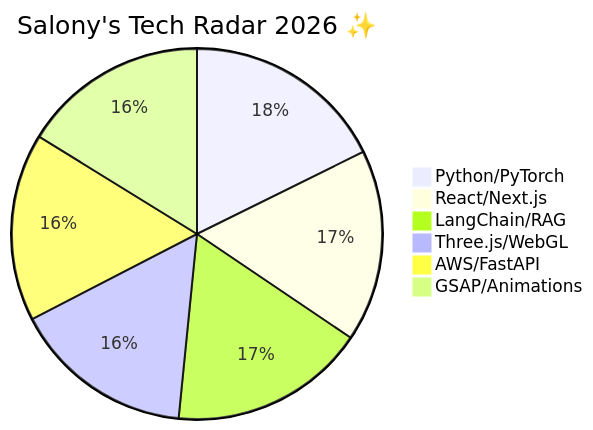
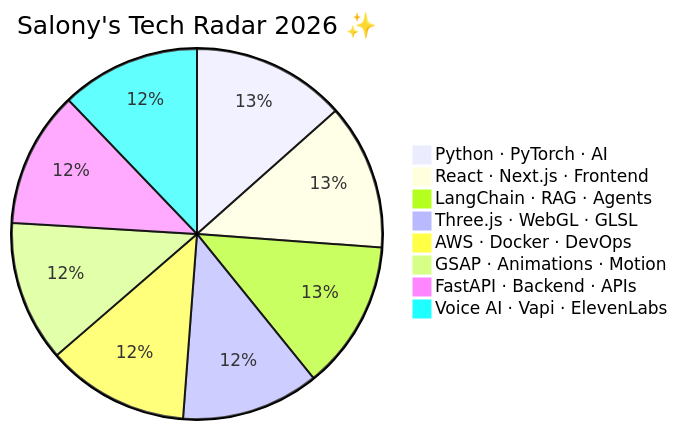
The diagram in README.md (salonyranjan/salonyranjan), drawn with Mermaid before and after one commit. The commit also changed other lines of this file, not shown here.

````diff
--- a/README.md
+++ b/README.md
@@ -144,9 +252,11 @@
 ```mermaid
 pie title Salony's Tech Radar 2026 ✨
-    "Python/PyTorch" : 95
-    "React/Next.js" : 90
-    "LangChain/RAG" : 92
-    "Three.js/WebGL" : 85
-    "AWS/FastAPI" : 88
-    "GSAP/Animations" : 87
+    "Python · PyTorch · AI" : 95
+    "React · Next.js · Frontend" : 90
+    "LangChain · RAG · Agents" : 92
+    "Three.js · WebGL · GLSL" : 85
+    "AWS · Docker · DevOps" : 88
+    "GSAP · Animations · Motion" : 87
+    "FastAPI · Backend · APIs" : 84
+    "Voice AI · Vapi · ElevenLabs" : 86
 ```
````
